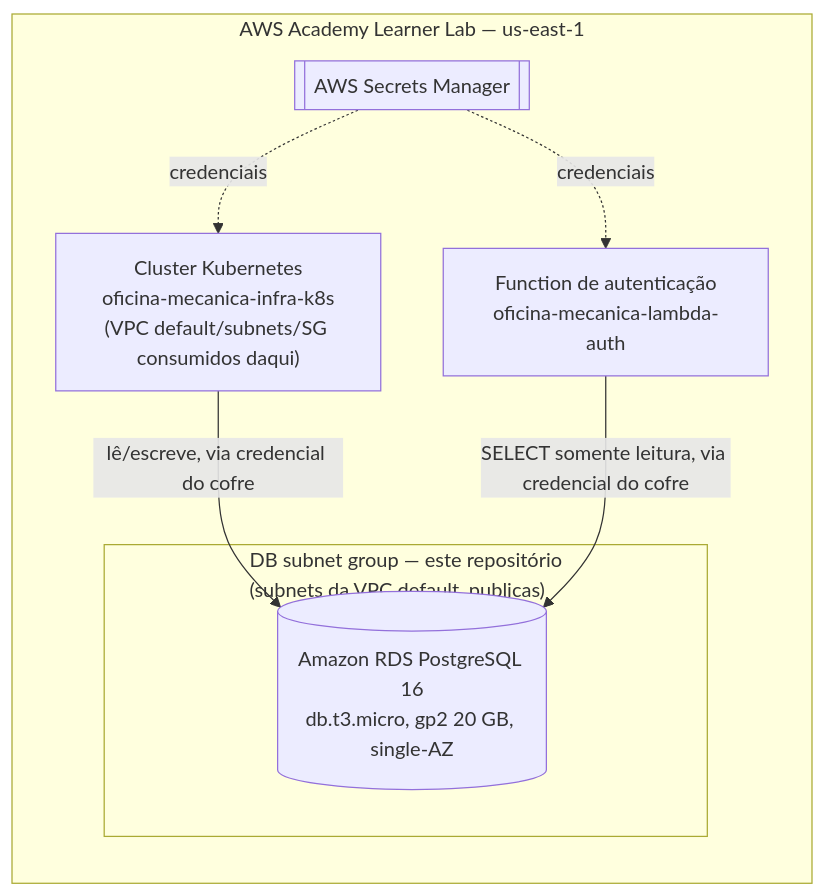
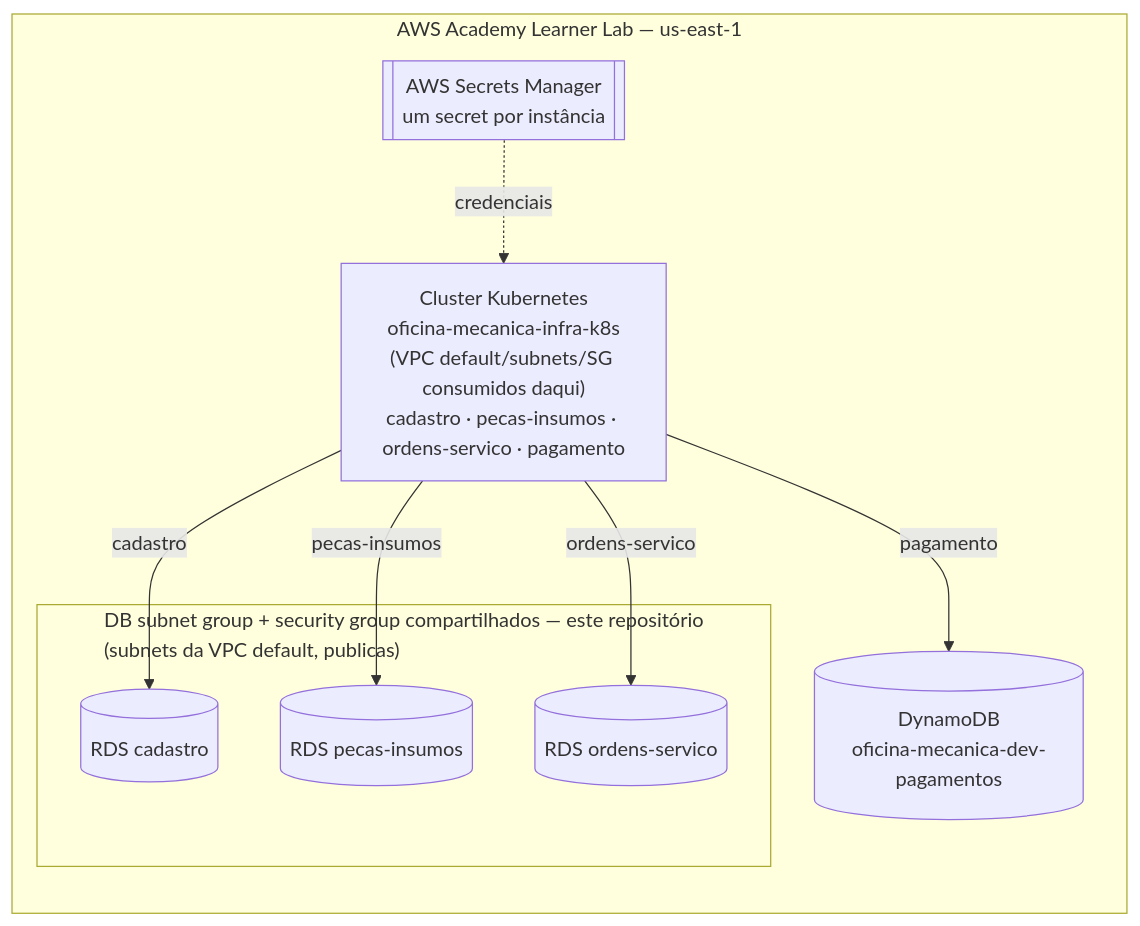
Before and after one commit to gabrielMauad/oficina-mecanica-infra-db: the diagram in README.md, drawn with Mermaid. The commit also changed other lines of this file and 6 other files, not shown here.

First line of the commit message:
feat(db): uma instância RDS por serviço e tabela DynamoDB de pagamentos

````diff
--- a/README.md
+++ b/README.md
@@ -47,15 +89,18 @@
 ```mermaid
 flowchart LR
     subgraph Nuvem["AWS Academy Learner Lab — us-east-1"]
-        K8S["Cluster Kubernetes<br/>oficina-mecanica-infra-k8s<br/>(VPC default/subnets/SG consumidos daqui)"]
-        LAMBDA["Function de autenticação<br/>oficina-mecanica-lambda-auth"]
-        subgraph DBNET["DB subnet group — este repositório<br/>(subnets da VPC default, publicas)"]
-            DB[("Amazon RDS PostgreSQL 16<br/>db.t3.micro, gp2 20 GB, single-AZ")]
+        K8S["Cluster Kubernetes<br/>oficina-mecanica-infra-k8s<br/>(VPC default/subnets/SG consumidos daqui)<br/>cadastro · pecas-insumos · ordens-servico · pagamento"]
+        subgraph DBNET["DB subnet group + security group compartilhados — este repositório<br/>(subnets da VPC default, publicas)"]
+            DB1[("RDS cadastro")]
+            DB2[("RDS pecas-insumos")]
+            DB3[("RDS ordens-servico")]
         end
-        SECRETS[["AWS Secrets Manager"]]
+        DDB[("DynamoDB<br/>oficina-mecanica-dev-pagamentos")]
+        SECRETS[["AWS Secrets Manager<br/>um secret por instância"]]
     end
-    K8S -->|lê/escreve, via credencial do cofre| DB
-    LAMBDA -->|SELECT somente leitura, via credencial do cofre| DB
+    K8S -->|cadastro| DB1
+    K8S -->|pecas-insumos| DB2
+    K8S -->|ordens-servico| DB3
+    K8S -->|pagamento| DDB
     SECRETS -.credenciais.-> K8S
-    SECRETS -.credenciais.-> LAMBDA
 ```
````
